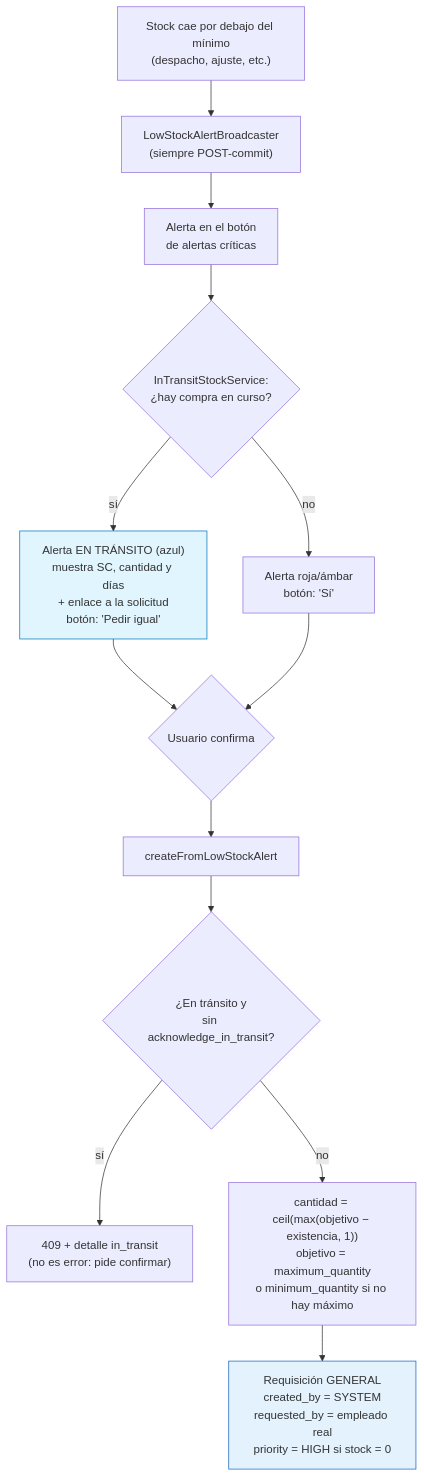
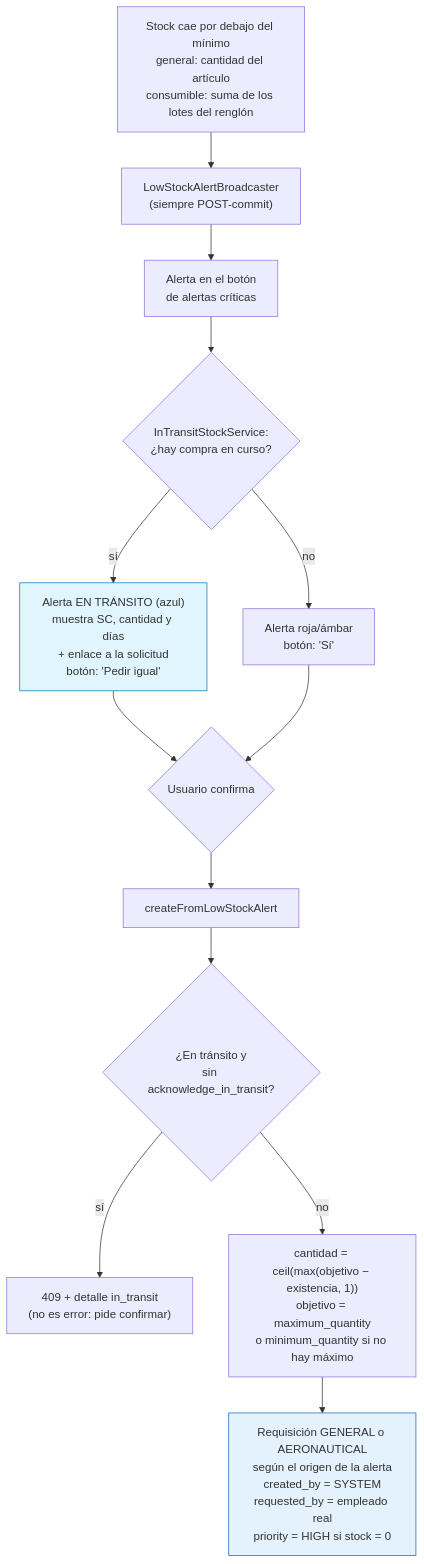
One commit to transmandu/SIGEAC_Frontend changed diagram 12 of 13 in docs/manual-ciclo-de-compras.md. Above: the diagram before and after it, drawn with Mermaid. The commit also changed other lines of this file and 26 other files, not shown here.

````diff
--- a/docs/manual-ciclo-de-compras.md
+++ b/docs/manual-ciclo-de-compras.md
@@ -954,17 +964,17 @@
 ```mermaid
 flowchart TD
-    S["Stock cae por debajo del mínimo<br/>(despacho, ajuste, etc.)"] --> B["LowStockAlertBroadcaster<br/>(siempre POST-commit)"]
+    S["Stock cae por debajo del mínimo<br/>general: cantidad del artículo<br/>consumible: suma de los lotes del renglón"] --> B["LowStockAlertBroadcaster<br/>(siempre POST-commit)"]
     B --> A["Alerta en el botón<br/>de alertas críticas"]
     A --> T{"InTransitStockService:<br/>¿hay compra en curso?"}
     T -->|sí| INT["Alerta EN TRÁNSITO (azul)<br/>muestra SC, cantidad y días<br/>+ enlace a la solicitud<br/>botón: 'Pedir igual'"]
     T -->|no| RED["Alerta roja/ámbar<br/>botón: 'Sí'"]
     INT --> U{"Usuario confirma"}
     RED --> U
     U --> Q["createFromLowStockAlert"]
     Q --> CHK{"¿En tránsito y<br/>sin acknowledge_in_transit?"}
     CHK -->|sí| ERR["409 + detalle in_transit<br/>(no es error: pide confirmar)"]
     CHK -->|no| CALC["cantidad = ceil(max(objetivo − existencia, 1))<br/>objetivo = maximum_quantity<br/>o minimum_quantity si no hay máximo"]
-    CALC --> REQ["Requisición GENERAL<br/>created_by = SYSTEM<br/>requested_by = empleado real<br/>priority = HIGH si stock = 0"]
+    CALC --> REQ["Requisición GENERAL o AERONAUTICAL<br/>según el origen de la alerta<br/>created_by = SYSTEM<br/>requested_by = empleado real<br/>priority = HIGH si stock = 0"]
     style REQ fill:#e3f2fd,stroke:#1565c0
     style INT fill:#e1f5fe,stroke:#0277bd
 ```
````
